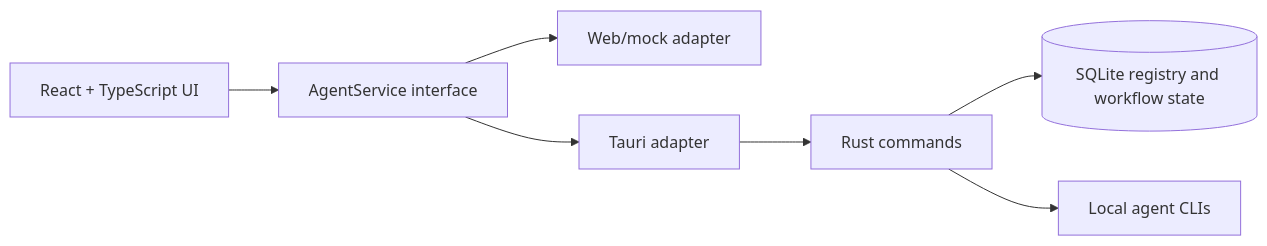
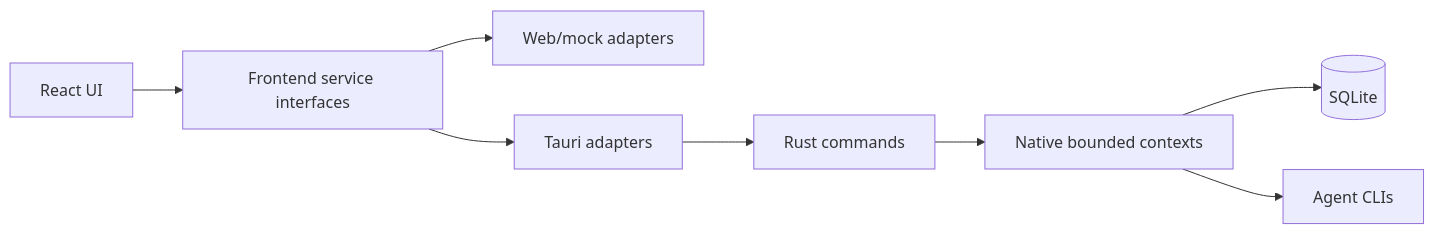
The diagram in README.ja.md (cdavid817/vanehub-ai), drawn with Mermaid before and after one commit. The commit also changed other lines of this file and 72 other files, not shown here.

````diff
--- a/README.ja.md
+++ b/README.ja.md
@@ -47,9 +55,10 @@
 ```mermaid
 flowchart LR
-  UI[React + TypeScript UI] --> Service[AgentService interface]
-  Service --> Web[Web/mock adapter]
-  Service --> Tauri[Tauri adapter]
-  Tauri --> Rust[Rust commands]
-  Rust --> SQLite[(SQLite registry and workflow state)]
-  Rust --> CLI[Local agent CLIs]
+  UI[React UI] --> Service[Frontend service interfaces]
+  Service --> Web[Web/mock adapters]
+  Service --> Tauri[Tauri adapters]
+  Tauri --> Commands[Rust commands]
+  Commands --> Contexts[Native bounded contexts]
+  Contexts --> SQLite[(SQLite)]
+  Contexts --> CLI[Agent CLIs]
 ```
````
